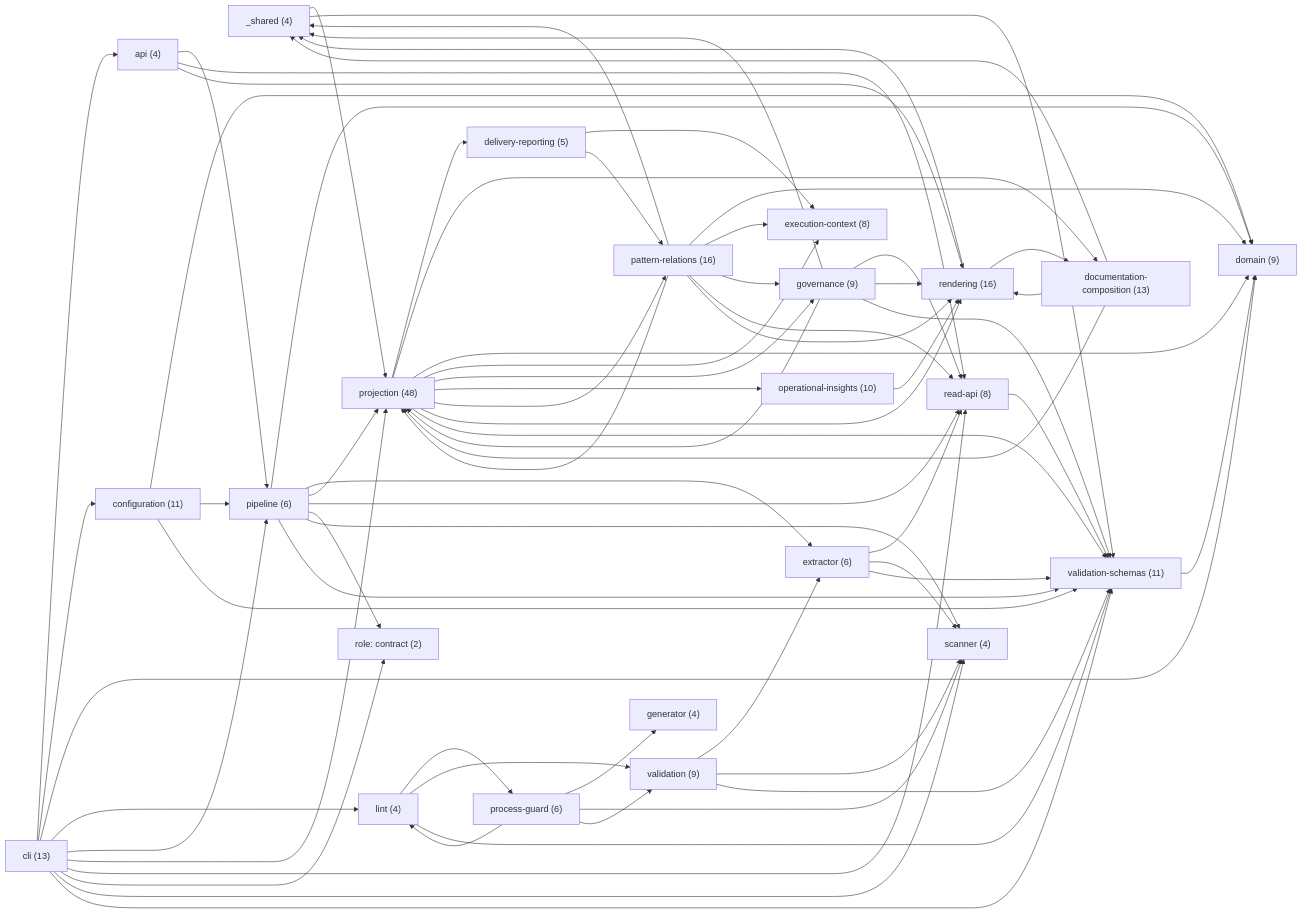
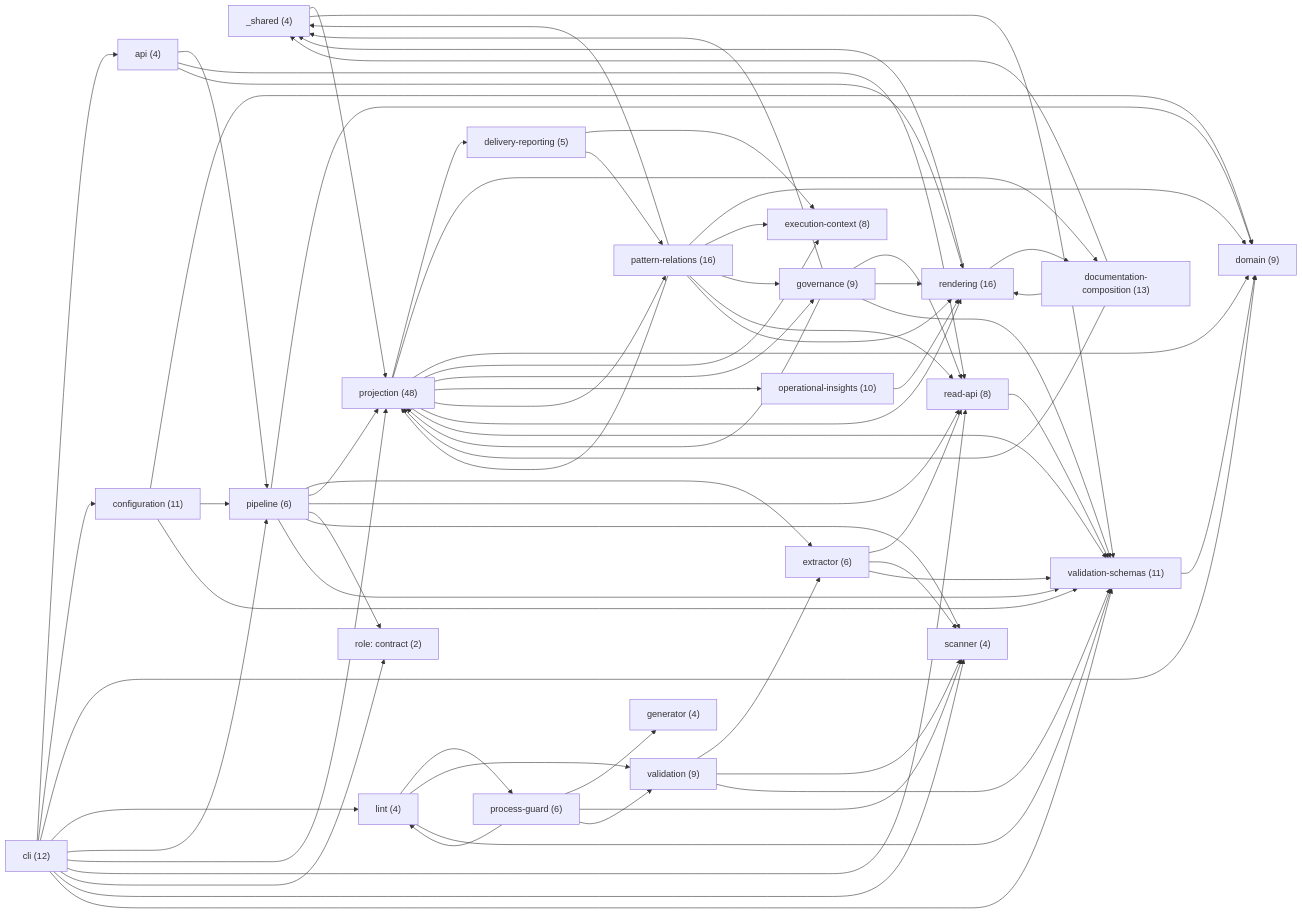
The first of 24 diagrams in docs-live/ARCHITECTURE.md (libar-dev/architect), drawn with Mermaid before and after one commit. The commit also changed other lines of this file and 20 other files, not shown here.

```diff
--- a/docs-live/ARCHITECTURE.md
+++ b/docs-live/ARCHITECTURE.md
@@ -25,7 +25,7 @@
 graph LR
   shared["_shared (4)"]
   api["api (4)"]
-  cli["cli (13)"]
+  cli["cli (12)"]
   configuration["configuration (11)"]
   delivery_reporting["delivery-reporting (5)"]
   documentation_composition["documentation-composition (13)"]
```
